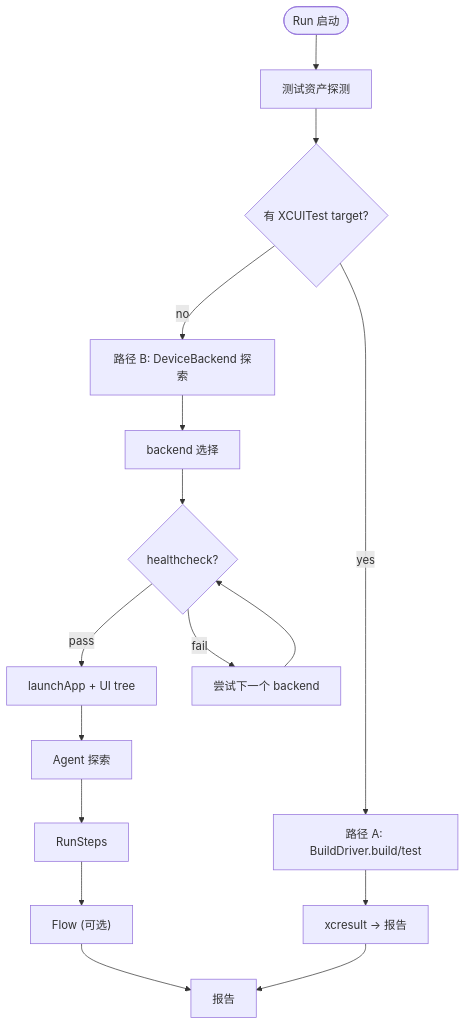
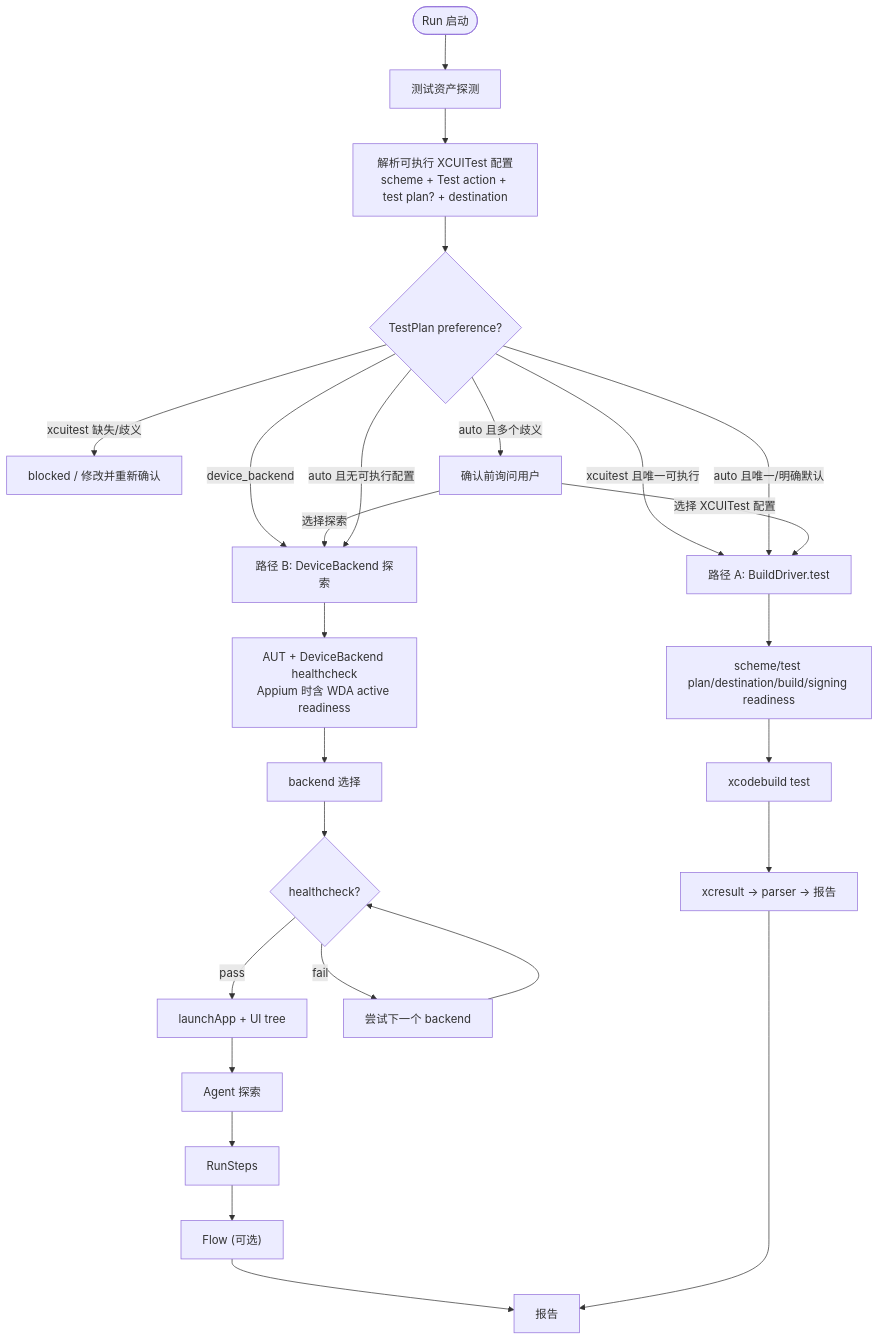
The fourth of 5 diagrams in docs/02-architecture/架构设计文档.md (logan-suu/iTestAgent), drawn with Mermaid before and after one commit. The commit also changed other lines of this file and 58 other files, not shown here.

````diff
--- a/docs/02-architecture/架构设计文档.md
+++ b/docs/02-architecture/架构设计文档.md
@@ -190,18 +191,28 @@
 ```mermaid
 flowchart TD
     Start(["Run 启动"]) --> Detect["测试资产探测"]
-    Detect --> HasXCUITest{"有 XCUITest target?"}
-    HasXCUITest -->|yes| PathA["路径 A: BuildDriver.build/test"]
-    HasXCUITest -->|no| PathB["路径 B: DeviceBackend 探索"]
-    PathA --> XCResult["xcresult → 报告"]
-    PathB --> SelectBackend["backend 选择"]
+    Detect --> Resolve["解析可执行 XCUITest 配置<br/>scheme + Test action + test plan? + destination"]
+    Resolve --> Preference{"TestPlan preference?"}
+    Preference -->|device_backend| PathB["路径 B: DeviceBackend 探索"]
+    Preference -->|xcuitest 且唯一可执行| PathA["路径 A: BuildDriver.test"]
+    Preference -->|xcuitest 缺失/歧义| Blocked["blocked / 修改并重新确认"]
+    Preference -->|auto 且唯一/明确默认| PathA
+    Preference -->|auto 且多个歧义| Ask["确认前询问用户"]
+    Ask -->|选择 XCUITest 配置| PathA
+    Ask -->|选择探索| PathB
+    Preference -->|auto 且无可执行配置| PathB
+    PathA --> TestReady["scheme/test plan/destination/build/signing readiness"]
+    PathB --> DeviceReady["AUT + DeviceBackend healthcheck<br/>Appium 时含 WDA active readiness"]
+    TestReady --> XcodeTest["xcodebuild test"]
+    DeviceReady --> SelectBackend["backend 选择"]
+    XcodeTest --> XCResult["xcresult → parser → 报告"]
     SelectBackend --> Health{"healthcheck?"}
     Health -->|pass| Launch["launchApp + UI tree"]
     Health -->|fail| Next["尝试下一个 backend"]
     Next --> Health
     Launch --> Explore["Agent 探索"]
     Explore --> Steps["RunSteps"]
     Steps --> Flow["Flow (可选)"]
     Flow --> Report["报告"]
     XCResult --> Report
 ```
````
